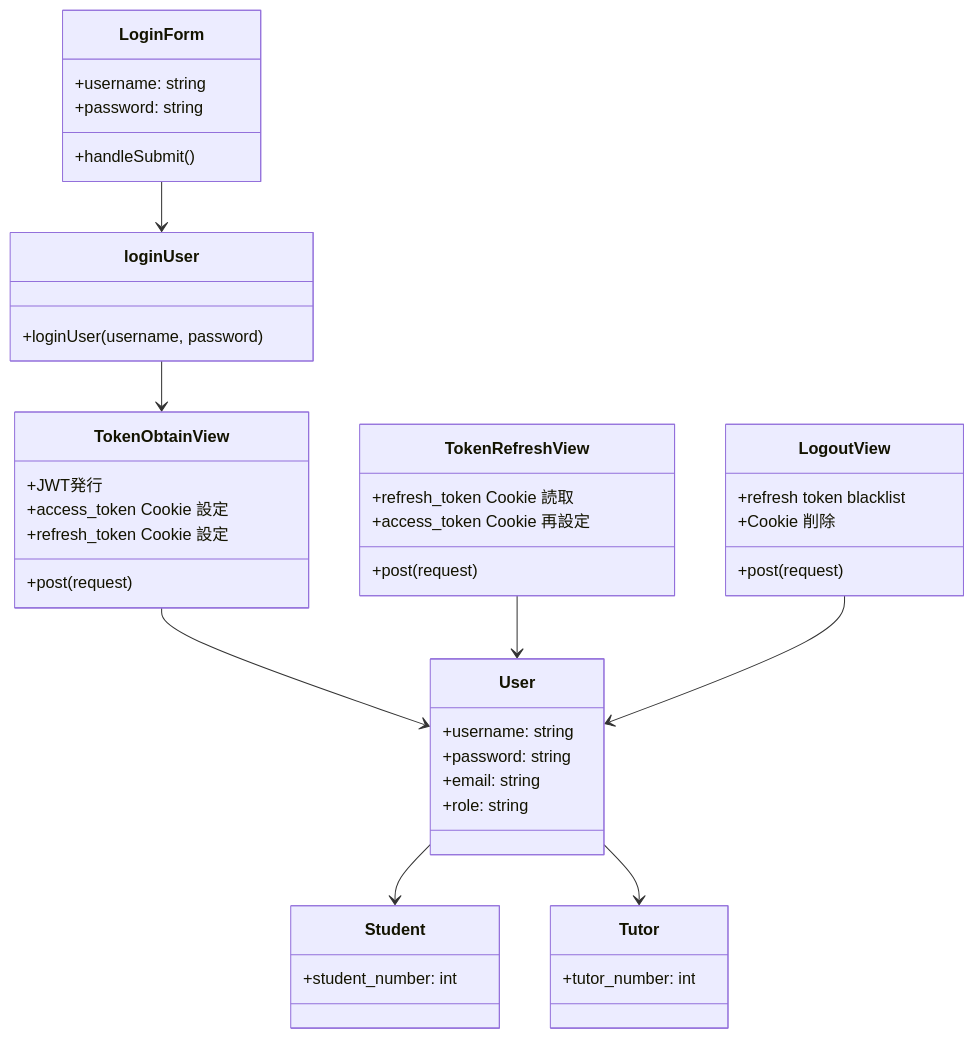
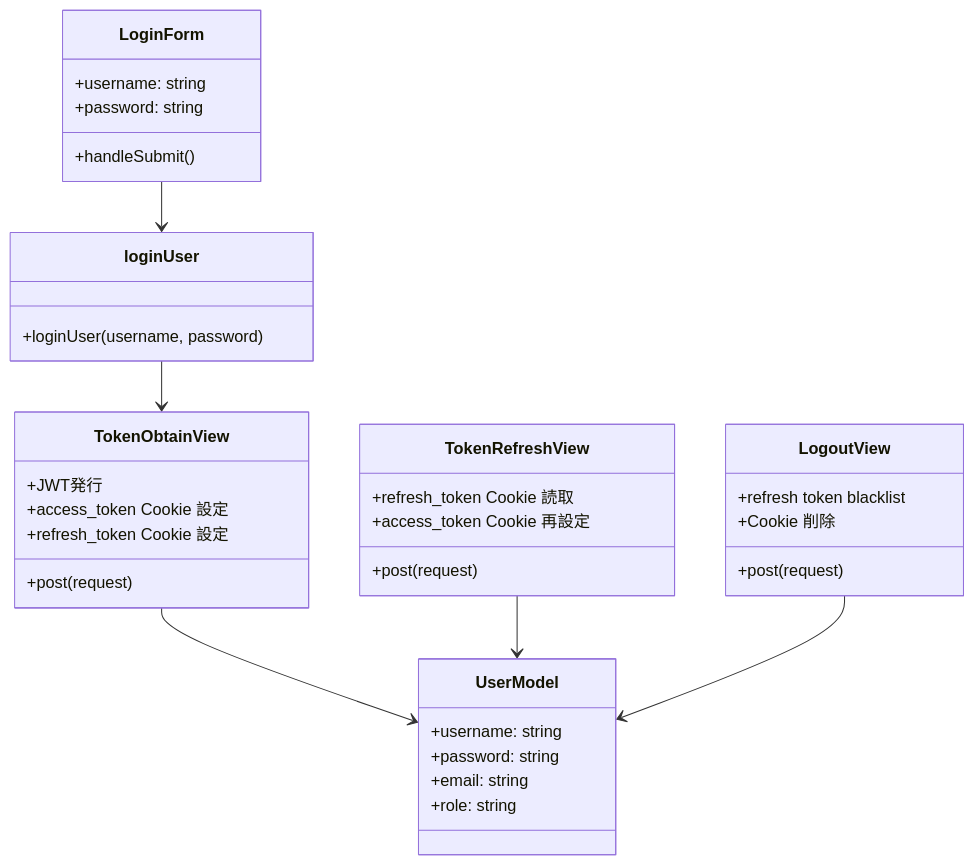
The diagram in docs/login/class.md (Saaka-y/korup), drawn with Mermaid before and after one commit. The commit also changed other lines of this file and 11 other files, not shown here.

````diff
--- a/docs/login/class.md
+++ b/docs/login/class.md
@@ -3,54 +3,44 @@
 ```mermaid
 classDiagram
     class LoginForm {
         +username: string
         +password: string
         +handleSubmit()
     }
 
     class loginUser {
         +loginUser(username, password)
     }
 
     class TokenObtainView {
         +post(request)
         +JWT発行
         +access_token Cookie 設定
         +refresh_token Cookie 設定
     }
 
     class TokenRefreshView {
         +post(request)
         +refresh_token Cookie 読取
         +access_token Cookie 再設定
     }
 
     class LogoutView {
         +post(request)
         +refresh token blacklist
         +Cookie 削除
     }
 
-    class User {
+    class UserModel {
         +username: string
         +password: string
         +email: string
         +role: string
     }
 
-    class Student {
-        +student_number: int
-    }
-
-    class Tutor {
-        +tutor_number: int
-    }
-
     LoginForm --> loginUser
     loginUser --> TokenObtainView
-    TokenObtainView --> User
-    TokenRefreshView --> User
-    LogoutView --> User
-    User --> Student
-    User --> Tutor
+    TokenObtainView --> UserModel
+    TokenRefreshView --> UserModel
+    LogoutView --> UserModel
 ```
````
